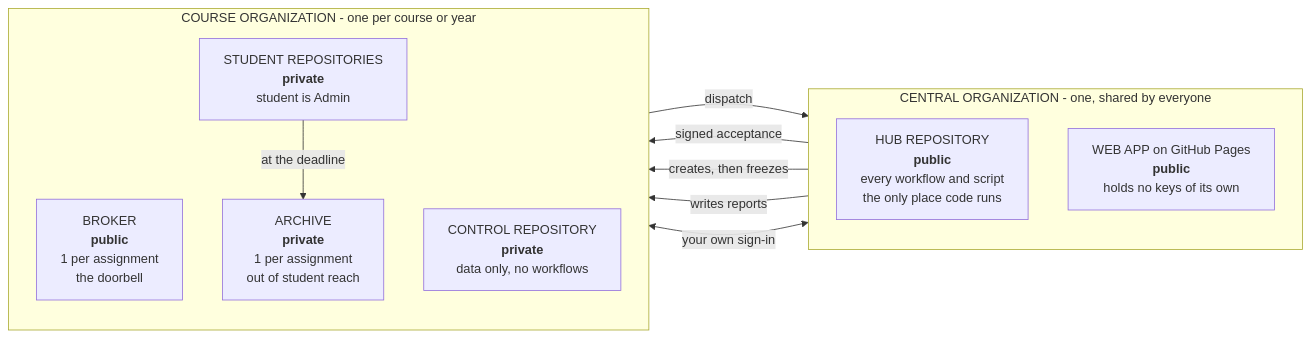
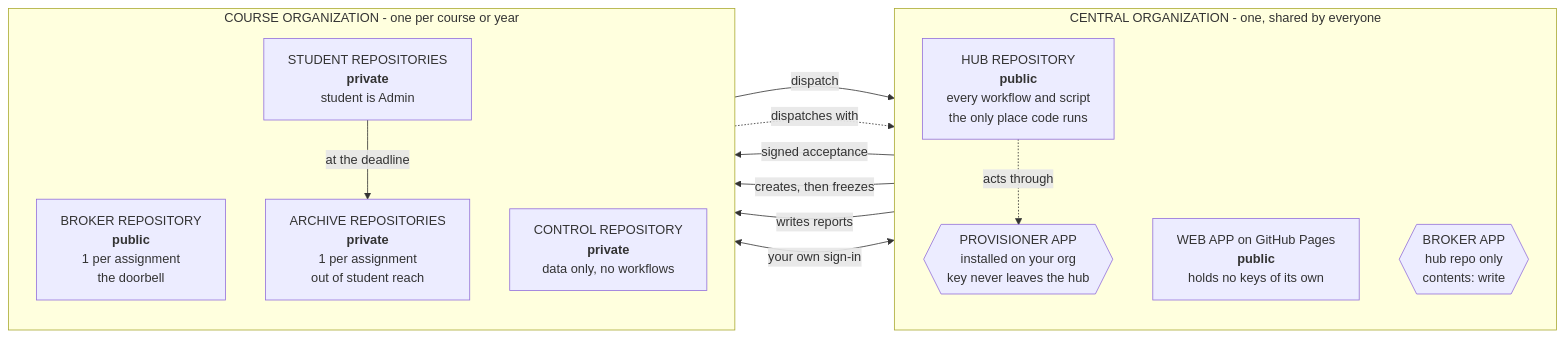
The second of 2 diagrams in README.md (PXL-Digital-Application-Samples/pxl-classroom), drawn with Mermaid before and after one commit.

Commit message:
docs(readme): put both GitHub Apps in the boundary diagram
The section is called "Two GitHub Apps" and the diagram above it showed
neither, so the split arrived as prose about components the reader had not
seen. Both are hexagons - the shape the Components diagram used before this
one replaced it - and they sit in the central organization because that is
where their keys live, whatever they are installed on.

Two dotted edges rather than solid: `acts through` and `dispatches with` are
"by means of", not a request crossing a boundary, and the solid arrows in this
diagram all carry something.

Rendered to PNG rather than only parsed. A mermaid block that parses can still
lay out badly, and GitHub's renderer is not mermaid-cli - worth a look on the
rendered page.

````diff
--- a/README.md
+++ b/README.md
@@ -188,23 +188,27 @@
 ```mermaid
 flowchart LR
     subgraph Central["CENTRAL ORGANIZATION - one, shared by everyone"]
         direction TB
         Hub["HUB REPOSITORY<br/><b>public</b><br/>every workflow and script<br/>the only place code runs"]
         Pages["WEB APP on GitHub Pages<br/><b>public</b><br/>holds no keys of its own"]
+        ProvApp{{"PROVISIONER APP<br/>installed on your org<br/>key never leaves the hub"}}
+        BrokApp{{"BROKER APP<br/>hub repo only<br/>contents: write"}}
     end
 
     subgraph Course["COURSE ORGANIZATION - one per course or year"]
         direction TB
-        Broker["BROKER<br/><b>public</b><br/>1 per assignment<br/>the doorbell"]
+        Broker["BROKER REPOSITORY<br/><b>public</b><br/>1 per assignment<br/>the doorbell"]
         Control["CONTROL REPOSITORY<br/><b>private</b><br/>data only, no workflows"]
         Student["STUDENT REPOSITORIES<br/><b>private</b><br/>student is Admin"]
-        Archive["ARCHIVE<br/><b>private</b><br/>1 per assignment<br/>out of student reach"]
+        Archive["ARCHIVE REPOSITORIES<br/><b>private</b><br/>1 per assignment<br/>out of student reach"]
     end
 
     Pages -->|"signed acceptance"| Broker
     Broker -->|"dispatch"| Hub
     Hub -->|"creates, then freezes"| Student
     Hub -->|"writes reports"| Control
     Student -->|"at the deadline"| Archive
     Pages <-->|"your own sign-in"| Control
+    Hub -.->|"acts through"| ProvApp
+    Broker -.->|"dispatches with"| BrokApp
 ```
````
